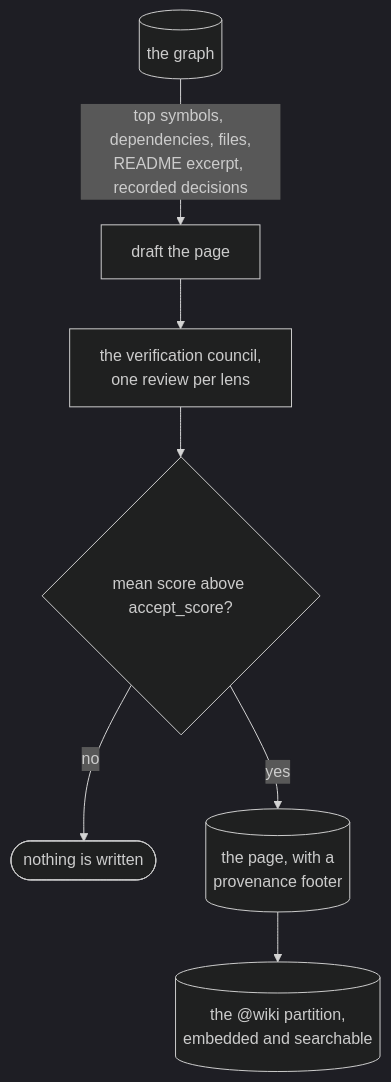
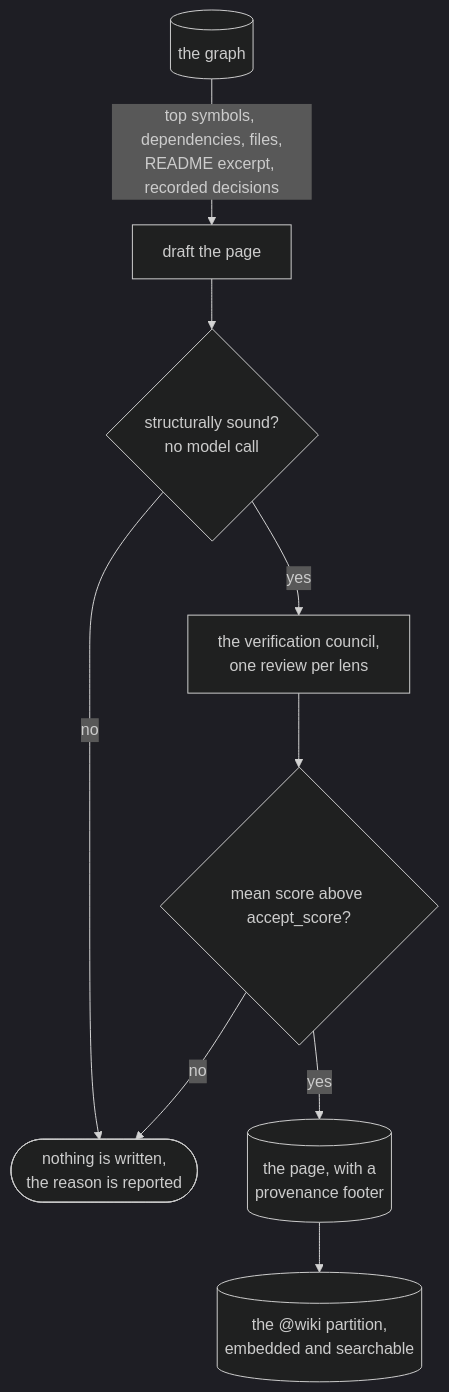
The diagram in docs/generate-wiki.md (sayak-sarkar/contextlake), drawn with Mermaid (dark theme) before and after one commit. The commit also changed other lines of this file and 3 other files, not shown here.

````diff
--- a/docs/generate-wiki.md
+++ b/docs/generate-wiki.md
@@ -6,9 +6,11 @@
 ```mermaid
 flowchart TD
   G[("the graph")] -->|"top symbols, dependencies, files,<br/>README excerpt, recorded decisions"| DR["draft the page"]
-  DR --> C["the verification council,<br/>one review per lens"]
+  DR --> SG{"structurally sound?<br/>no model call"}
+  SG -->|no| X(["nothing is written,<br/>the reason is reported"])
+  SG -->|yes| C["the verification council,<br/>one review per lens"]
   C --> S{"mean score above accept_score?"}
-  S -->|no| X(["nothing is written"])
+  S -->|no| X
   S -->|yes| W[("the page, with a<br/>provenance footer")]
   W --> P[("the @wiki partition,<br/>embedded and searchable")]
 ```
````
